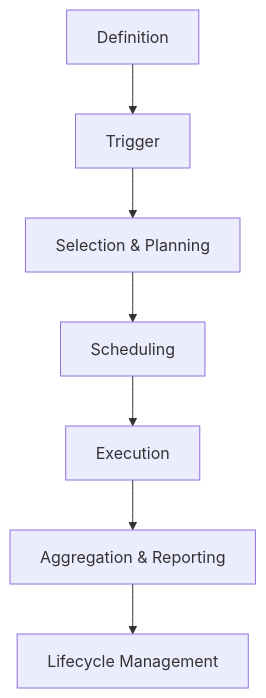
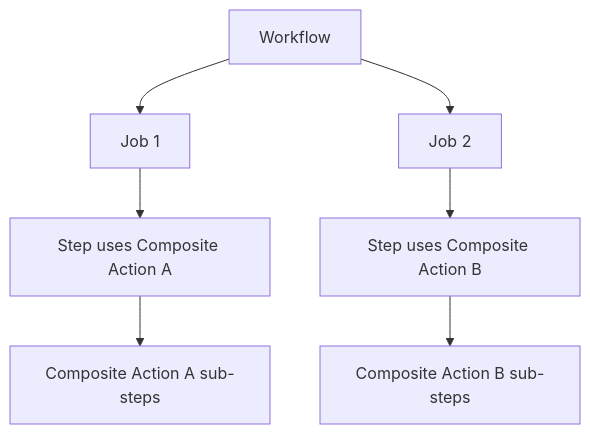
Before and after one commit to VishuKalier2003/System-Design-Components: diagram 12 of 21 in Composite/S02-CompositeBuildGraph/case-studies/GitHub-Actions.md, drawn with Mermaid. The commit also changed other lines of this file, not shown here.

````diff
--- a/Composite/S02-CompositeBuildGraph/case-studies/GitHub-Actions.md
+++ b/Composite/S02-CompositeBuildGraph/case-studies/GitHub-Actions.md
@@ -504,9 +362,9 @@
 ```mermaid
-flowchart TD
-    DEF[Definition] --> TRG[Trigger]
-    TRG --> PLAN[Selection & Planning]
-    PLAN --> SCHED[Scheduling]
-    SCHED --> EXEC[Execution]
-    EXEC --> AGG[Aggregation & Reporting]
-    AGG --> MGT[Lifecycle Management]
+graph TD
+    W[Workflow] --> J1[Job 1]
+    W --> J2[Job 2]
+    J1 --> S1[Step uses Composite Action A]
+    J2 --> S2[Step uses Composite Action B]
+    S1 --> A1[Composite Action A sub-steps]
+    S2 --> A2[Composite Action B sub-steps]
 ```
````
